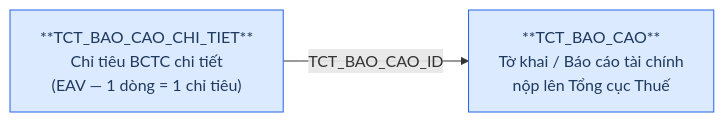
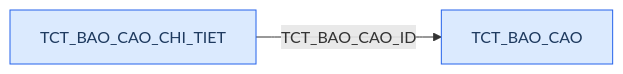
The third of 6 diagrams in Silver/hld/DCST_relationship_diagram.md (chien1198/ubck_atomic_design), drawn with Mermaid before and after one commit. The commit also changed other lines of this file, not shown here.

````diff
--- a/Silver/hld/DCST_relationship_diagram.md
+++ b/Silver/hld/DCST_relationship_diagram.md
@@ -73,9 +75,9 @@
 ```mermaid
 graph LR
     classDef src fill:#dbeafe,stroke:#2563eb,color:#1e3a5f
 
-    BAOCAO["**TCT_BAO_CAO**\nTờ khai / Báo cáo tài chính\nnộp lên Tổng cục Thuế"]:::src
-    CHITIET["**TCT_BAO_CAO_CHI_TIET**\nChỉ tiêu BCTC chi tiết\n(EAV — 1 dòng = 1 chỉ tiêu)"]:::src
+    BAOCAO[TCT_BAO_CAO]:::src
+    CHITIET[TCT_BAO_CAO_CHI_TIET]:::src
 
     CHITIET -->|TCT_BAO_CAO_ID| BAOCAO
 ```
````
